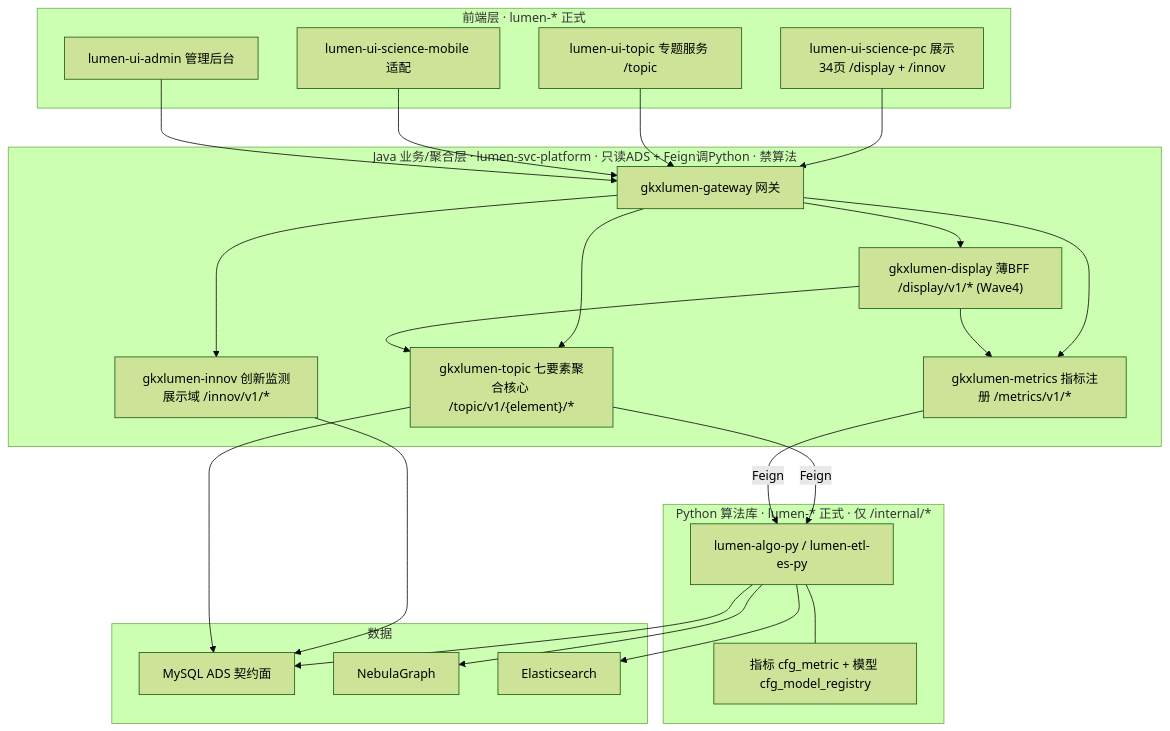
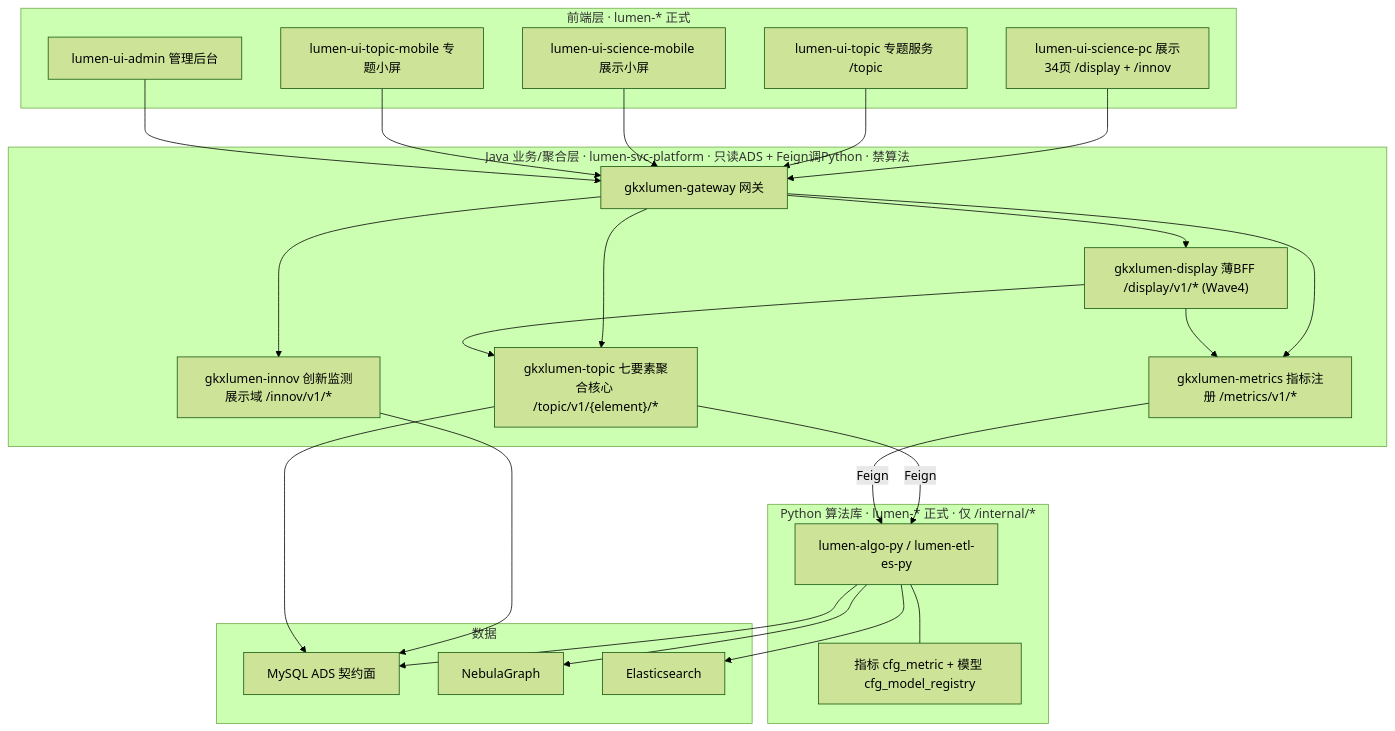
Before and after one commit to Marisolebxf/-: the diagram in agent-delivery/architecture-baseline.md, drawn with Mermaid (forest theme). The commit also changed other lines of this file and 10 other files, not shown here.

First line of the commit message:
docs(mobile): 确认小屏规约 C1-C7 并登记 topic-mobile [agent:frontend-agent]

````diff
--- a/agent-delivery/architecture-baseline.md
+++ b/agent-delivery/architecture-baseline.md
@@ -16,43 +16,45 @@
 ```mermaid
 flowchart TB
   subgraph fe [前端层 · lumen-* 正式]
     PC["lumen-ui-science-pc 展示34页 /display + /innov"]
     TOPIC["lumen-ui-topic 专题服务 /topic"]
-    MOB["lumen-ui-science-mobile 适配"]
+    MOB["lumen-ui-science-mobile 展示小屏"]
+    TOPICMOB["lumen-ui-topic-mobile 专题小屏"]
     ADMIN["lumen-ui-admin 管理后台"]
   end
   subgraph java [Java 业务/聚合层 · lumen-svc-platform · 只读ADS + Feign调Python · 禁算法]
     GW["gkxlumen-gateway 网关"]
     TOPICAPI["gkxlumen-topic 七要素聚合核心 /topic/v1/{element}/*"]
     METRICS["gkxlumen-metrics 指标注册 /metrics/v1/*"]
     INNOV["gkxlumen-innov 创新监测展示域 /innov/v1/*"]
     BFF["gkxlumen-display 薄BFF /display/v1/* (Wave4)"]
   end
   subgraph py [Python 算法库 · lumen-* 正式 · 仅 /internal/*]
     PYALGO["lumen-algo-py / lumen-etl-es-py"]
     REG["指标 cfg_metric + 模型 cfg_model_registry"]
   end
   subgraph data [数据]
     ADS["MySQL ADS 契约面"]
     NEB["NebulaGraph"]
     ES["Elasticsearch"]
   end
   PC --> GW
   TOPIC --> GW
   MOB --> GW
+  TOPICMOB --> GW
   ADMIN --> GW
   GW --> TOPICAPI
   GW --> METRICS
   GW --> INNOV
   GW --> BFF
   BFF --> TOPICAPI
   BFF --> METRICS
   TOPICAPI -->|Feign| PYALGO
   METRICS -->|Feign| PYALGO
   INNOV --> ADS
   TOPICAPI --> ADS
   PYALGO --> ADS
   PYALGO --> NEB
   PYALGO --> ES
   PYALGO --- REG
 ```
````
